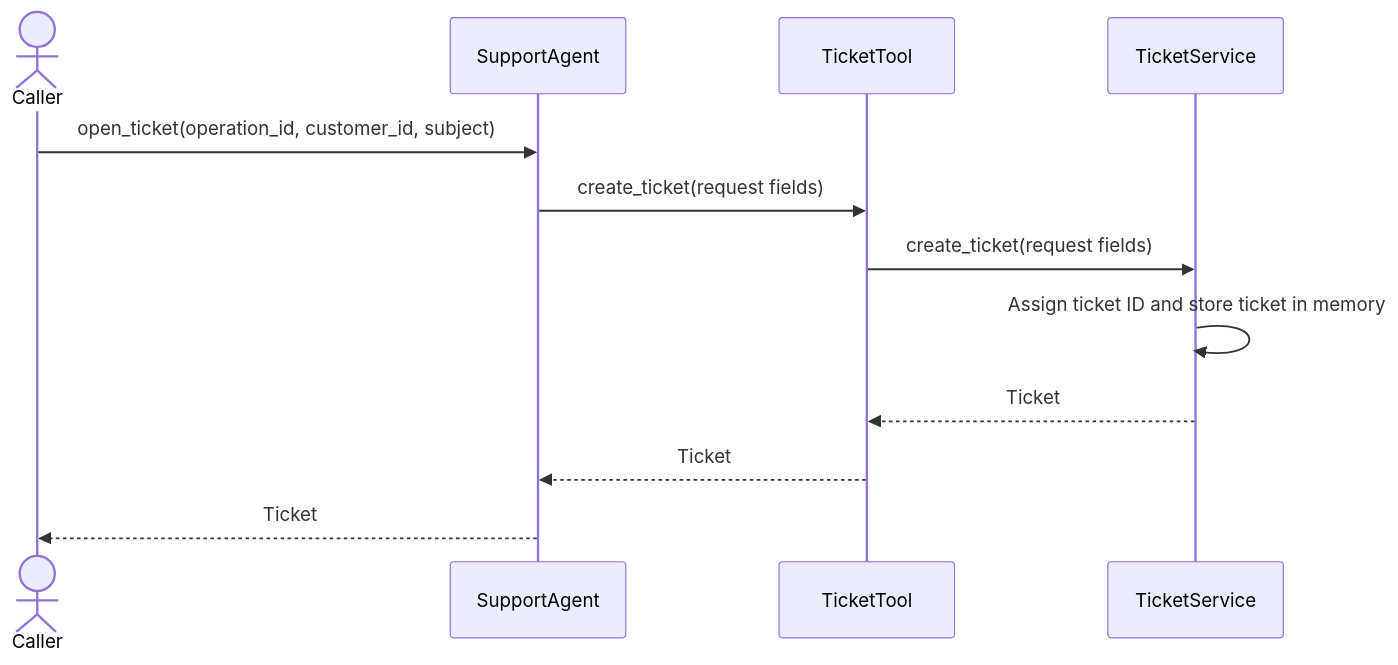
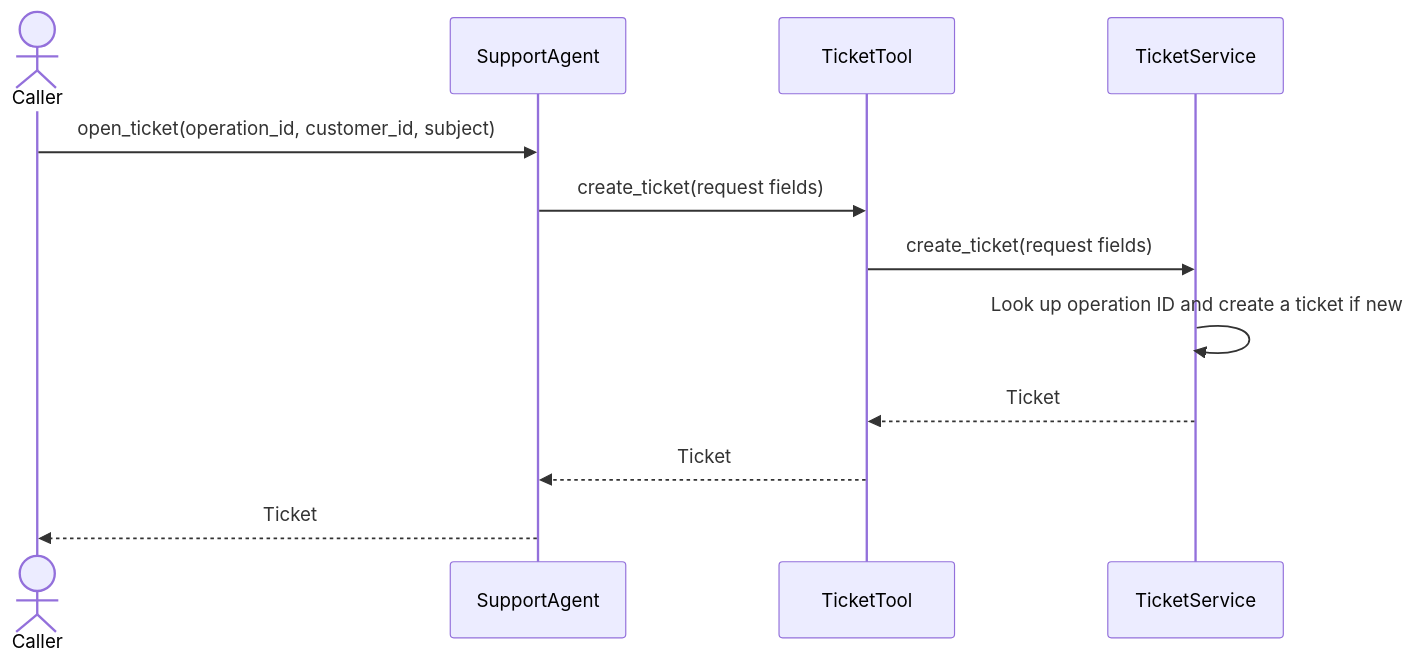
The diagram in README.md (sandijean90/agent-tool-reliability-lab), drawn with Mermaid before and after one commit. The commit also changed other lines of this file and 2 other files, not shown here.

Commit message:
Fix duplicate ticket creation after tool timeouts

````diff
--- a/README.md
+++ b/README.md
@@ -7,15 +7,15 @@
 ```mermaid
 sequenceDiagram
     actor Caller
     participant Agent as SupportAgent
     participant Tool as TicketTool
     participant Service as TicketService
 
     Caller->>Agent: open_ticket(operation_id, customer_id, subject)
     Agent->>Tool: create_ticket(request fields)
     Tool->>Service: create_ticket(request fields)
-    Service->>Service: Assign ticket ID and store ticket in memory
+    Service->>Service: Look up operation ID and create a ticket if new
     Service-->>Tool: Ticket
     Tool-->>Agent: Ticket
     Agent-->>Caller: Ticket
 ```
````
